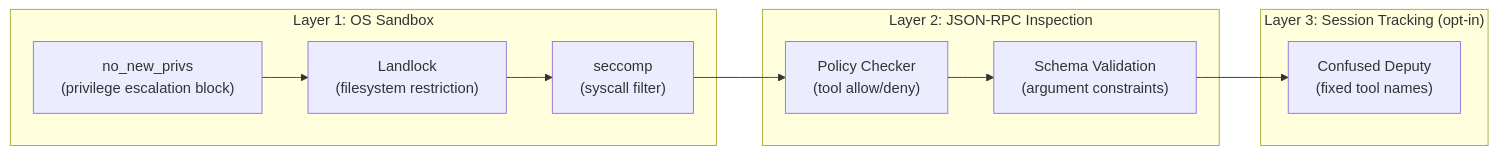
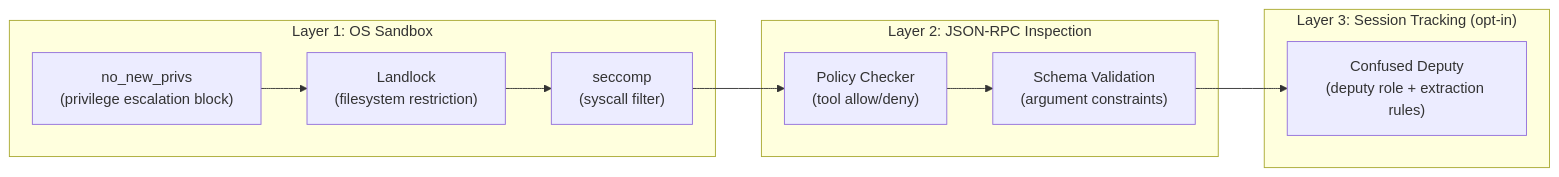
Before and after one commit to strumbyte/mcp-writ: the second of 10 diagrams in docs/guide.md, drawn with Mermaid. The commit also changed other lines of this file and 17 other files, not shown here.

````diff
--- a/docs/guide.md
+++ b/docs/guide.md
@@ -58,19 +58,19 @@
 ```mermaid
 graph LR
     subgraph "Layer 1: OS Sandbox"
         W1["no_new_privs<br/>(privilege escalation block)"]
         W2["Landlock<br/>(filesystem restriction)"]
         W3["seccomp<br/>(syscall filter)"]
     end
 
     subgraph "Layer 2: JSON-RPC Inspection"
         A1["Policy Checker<br/>(tool allow/deny)"]
         A2["Schema Validation<br/>(argument constraints)"]
     end
 
     subgraph "Layer 3: Session Tracking (opt-in)"
-        S1["Confused Deputy<br/>(fixed tool names)"]
+        S1["Confused Deputy<br/>(deputy role + extraction rules)"]
     end
 
     W1 --> W2 --> W3 --> A1 --> A2 --> S1
 ```
````
